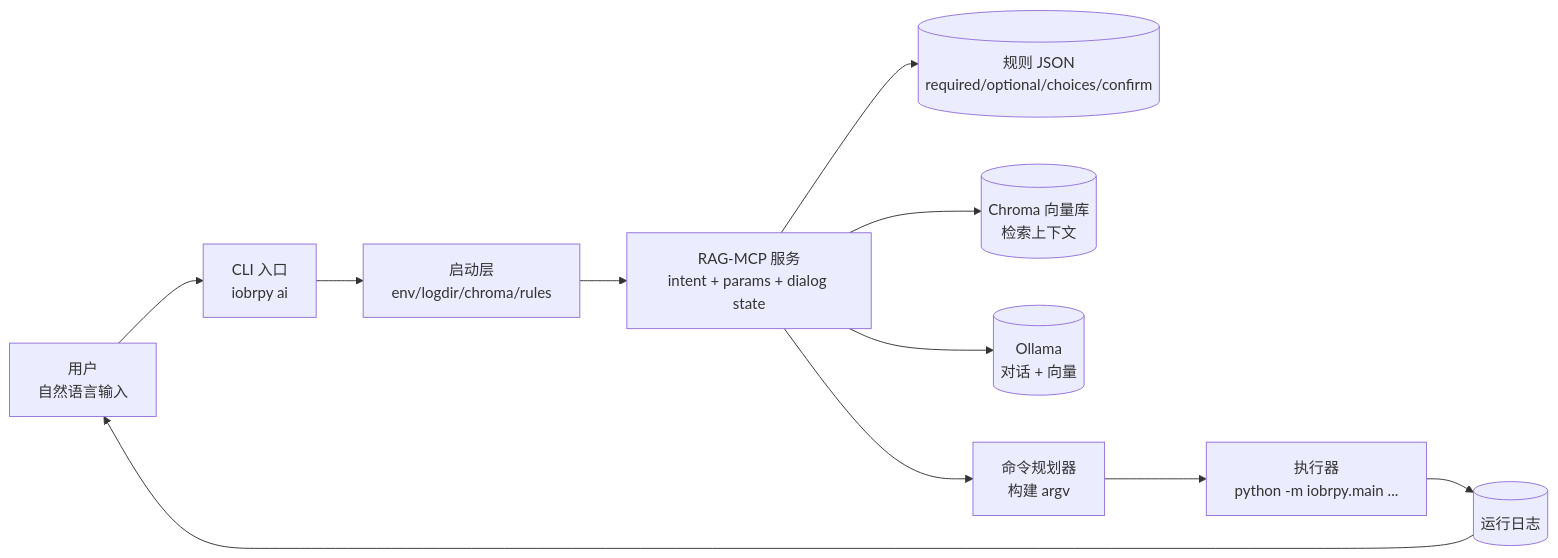
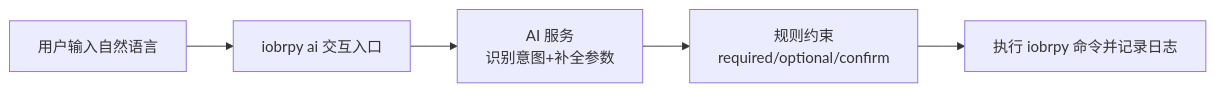
The diagram in iobrpy-ai-architecture.md (IOBR/IOBRpy), drawn with Mermaid before and after one commit. The commit also changed other lines of this file, not shown here.

Commit message:
docs: simplify architecture section with clearer 4-layer view

````diff
--- a/iobrpy-ai-architecture.md
+++ b/iobrpy-ai-architecture.md
@@ -28,13 +37,7 @@
 ```mermaid
 flowchart LR
-    U[用户\n自然语言输入] --> A[CLI 入口\niobrpy ai]
-    A --> E[启动层\nenv/logdir/chroma/rules]
-    E --> S[RAG-MCP 服务\nintent + params + dialog state]
-    S --> R[(规则 JSON\nrequired/optional/choices/confirm)]
-    S --> C[(Chroma 向量库\n检索上下文)]
-    S --> O[(Ollama\n对话 + 向量)]
-    S --> P[命令规划器\n构建 argv]
-    P --> X[执行器\npython -m iobrpy.main ...]
-    X --> L[(运行日志)]
-    L --> U
+    U[用户输入自然语言] --> I[iobrpy ai 交互入口]
+    I --> M[AI 服务<br/>识别意图+补全参数]
+    M --> G[规则约束<br/>required/optional/confirm]
+    G --> E[执行 iobrpy 命令并记录日志]
 ```
````
